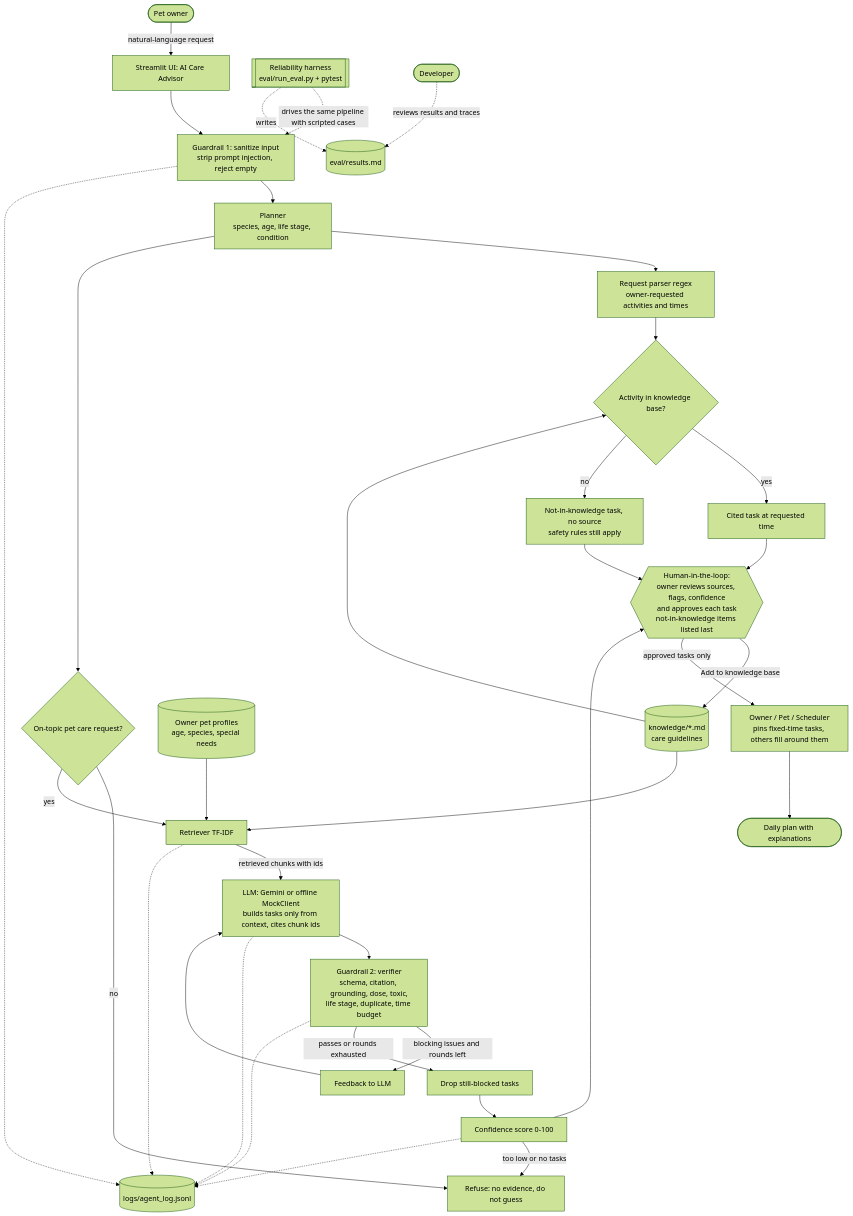
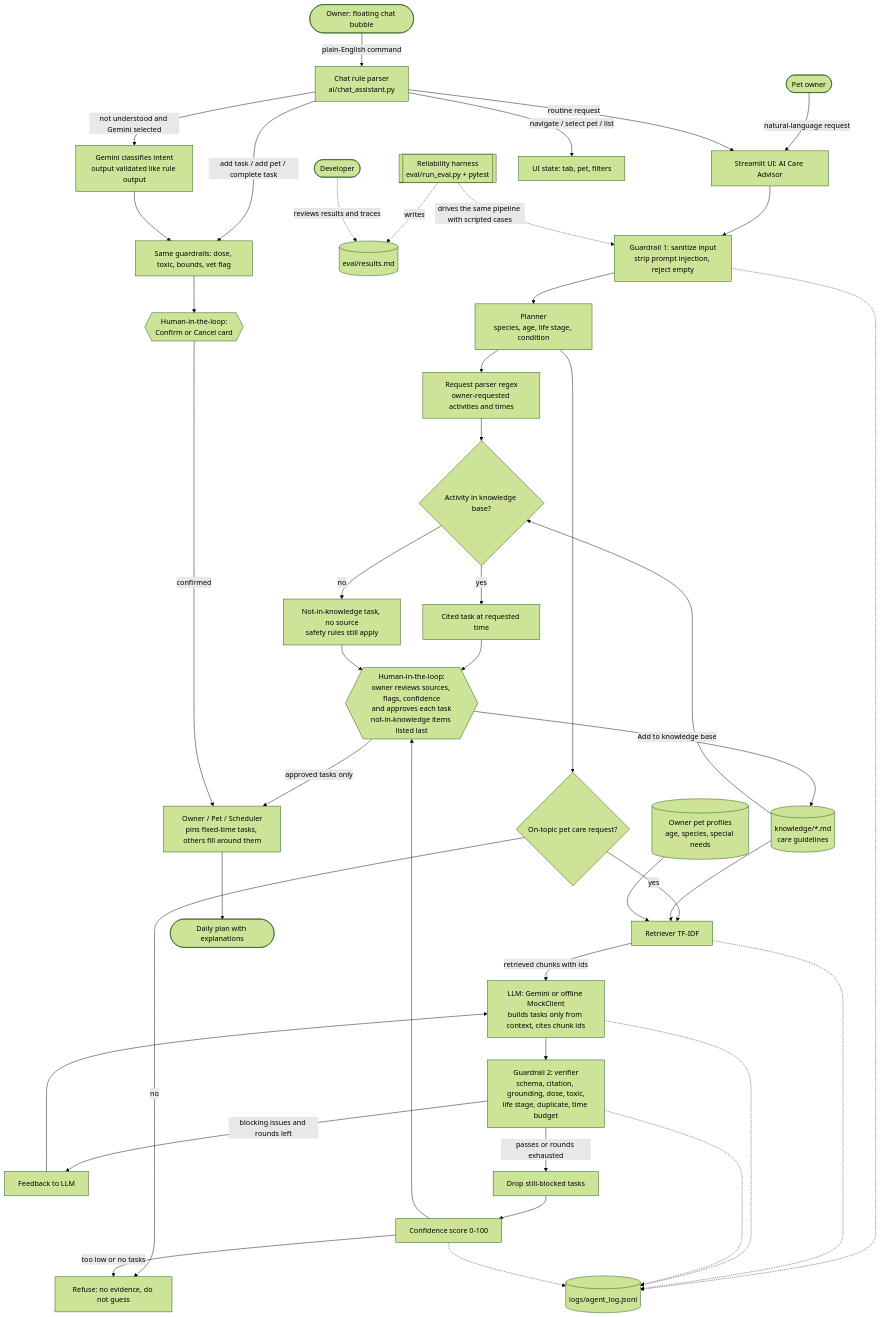
The diagram in diagrams/system_architecture.mmd (Chandan0102/applied-ai-system-project), drawn with Mermaid (forest theme) before and after one commit. The commit also changed 11 other files, not shown here.

```diff
--- a/diagrams/system_architecture.mmd
+++ b/diagrams/system_architecture.mmd
@@ -1,38 +1,47 @@
 flowchart TD
     U([Pet owner]) -->|natural-language request| UI[Streamlit UI: AI Care Advisor]
     UI --> SAN[Guardrail 1: sanitize input<br/>strip prompt injection, reject empty]
     SAN --> PLAN[Planner<br/>species, age, life stage, condition]
     PLAN --> REQ[Request parser regex<br/>owner-requested activities and times]
     PLAN --> REL{On-topic pet care request?}
     REL -- no --> REF[Refuse: no evidence, do not guess]
     REL -- yes --> RET[Retriever TF-IDF]
     KB[(knowledge/*.md<br/>care guidelines)] --> RET
     OWN[(Owner pet profiles<br/>age, species, special needs)] --> RET
     RET -- retrieved chunks with ids --> LLM[LLM: Gemini or offline MockClient<br/>builds tasks only from context, cites chunk ids]
     LLM --> VER[Guardrail 2: verifier<br/>schema, citation, grounding, dose, toxic,<br/>life stage, duplicate, time budget]
     VER -- blocking issues and rounds left --> FB[Feedback to LLM]
     FB --> LLM
     VER -- passes or rounds exhausted --> DROP[Drop still-blocked tasks]
     DROP --> CONF[Confidence score 0-100]
     CONF -- too low or no tasks --> REF
     REQ --> MATCH{Activity in knowledge base?}
     KB --> MATCH
     MATCH -- yes --> CITED[Cited task at requested time]
     MATCH -- no --> UNAPP[Not-in-knowledge task, no source<br/>safety rules still apply]
     CONF --> HUMAN
     CITED --> HUMAN
     UNAPP --> HUMAN{{Human-in-the-loop:<br/>owner reviews sources, flags, confidence<br/>and approves each task<br/>not-in-knowledge items listed last}}
     HUMAN -- Add to knowledge base --> KB
     HUMAN -- approved tasks only --> SCH[Owner / Pet / Scheduler<br/>pins fixed-time tasks, others fill around them]
     SCH --> PLANOUT([Daily plan with explanations])
 
     LOG[(logs/agent_log.jsonl)]
     SAN -.-> LOG
     RET -.-> LOG
     LLM -.-> LOG
     VER -.-> LOG
     CONF -.-> LOG
 
     EVAL[[Reliability harness<br/>eval/run_eval.py + pytest]] -. drives the same pipeline with scripted cases .-> SAN
     EVAL -. writes .-> RES[(eval/results.md)]
     DEV([Developer]) -. reviews results and traces .-> RES
+
+    CHAT([Owner: floating chat bubble]) -->|plain-English command| CRULES[Chat rule parser<br/>ai/chat_assistant.py]
+    CRULES -- not understood and Gemini selected --> CLLM[Gemini classifies intent<br/>output validated like rule output]
+    CRULES -- navigate / select pet / list --> UIST[UI state: tab, pet, filters]
+    CRULES -- add task / add pet / complete task --> CGUARD[Same guardrails: dose, toxic, bounds, vet flag]
+    CLLM --> CGUARD
+    CGUARD --> CCONF{{Human-in-the-loop:<br/>Confirm or Cancel card}}
+    CCONF -- confirmed --> SCH
+    CRULES -- routine request --> UI
```
